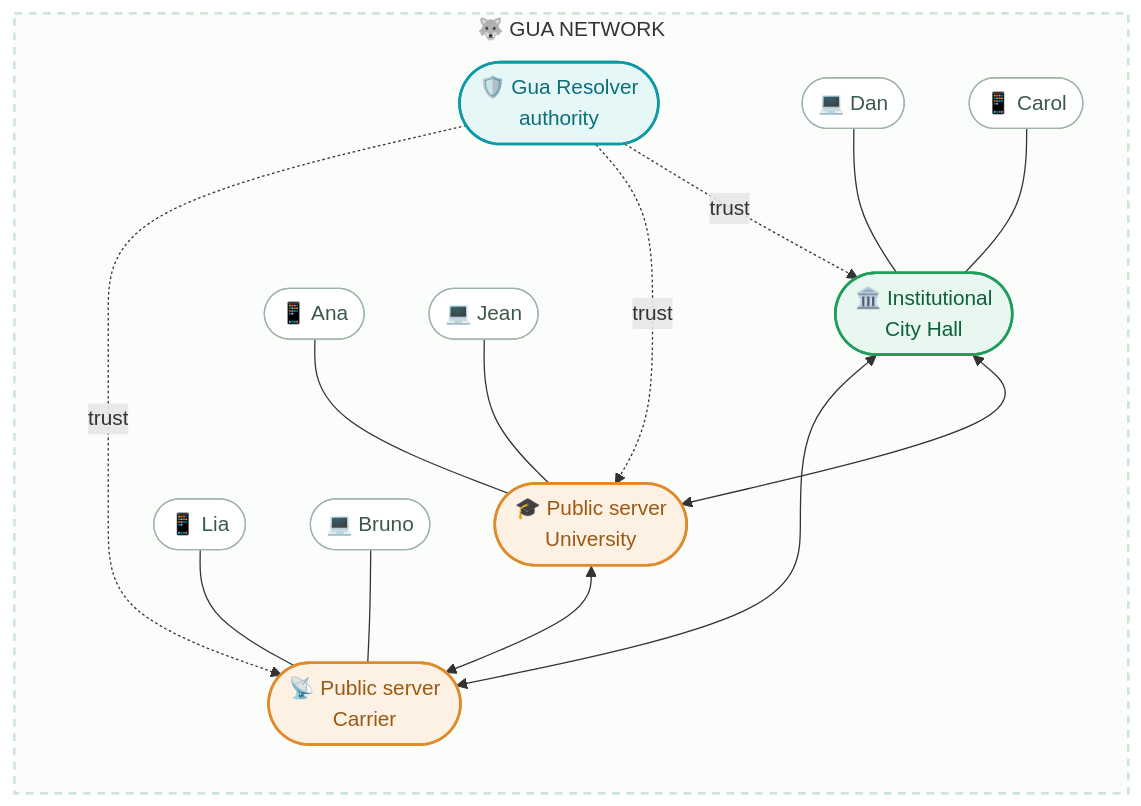
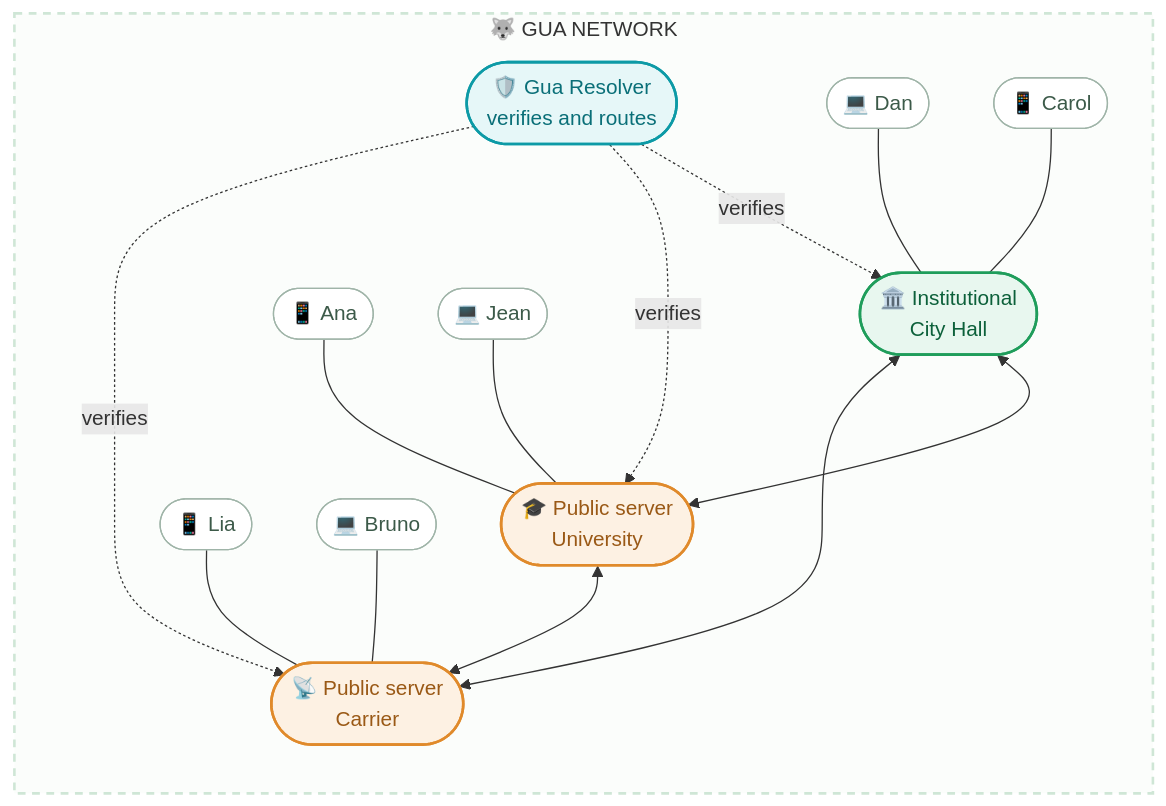
One commit to Gua-ra/.github changed the diagram in profile/README.md. Above: the diagram before and after it, drawn with Mermaid. The commit also changed other lines of this file, not shown here.

````diff
--- a/profile/README.md
+++ b/profile/README.md
@@ -61,37 +61,37 @@
 ```mermaid
 graph TB
   subgraph NET["🐺 GUA NETWORK"]
     direction TB
-    R(["🛡️ Gua Resolver<br/>authority"])
+    R(["🛡️ Gua Resolver<br/>verifies and routes"])
     INST(["🏛️ Institutional<br/>City Hall"])
     UNI(["🎓 Public server<br/>University"])
     CAR(["📡 Public server<br/>Carrier"])
 
-    R -. trust .-> INST
-    R -. trust .-> UNI
-    R -. trust .-> CAR
+    R -. verifies .-> INST
+    R -. verifies .-> UNI
+    R -. verifies .-> CAR
 
     INST <--> UNI
     UNI <--> CAR
     INST <--> CAR
 
     Dan(["💻 Dan"]) --- INST
     Carol(["📱 Carol"]) --- INST
     Ana(["📱 Ana"]) --- UNI
     Jean(["💻 Jean"]) --- UNI
     Lia(["📱 Lia"]) --- CAR
     Bruno(["💻 Bruno"]) --- CAR
   end
 
   classDef res fill:#e6f7f8,stroke:#0d9aa6,stroke-width:2px,color:#0a6f78;
   classDef inst fill:#e8f7ef,stroke:#1f9d5b,stroke-width:2px,color:#0c603a;
   classDef pub fill:#fdf1e3,stroke:#e08a2b,stroke-width:2px,color:#9a5916;
   classDef user fill:#ffffff,stroke:#9fb4a8,stroke-width:1px,color:#3c5a49;
 
   class R res;
   class INST inst;
   class UNI,CAR pub;
   class Dan,Carol,Ana,Jean,Lia,Bruno user;
 
   style NET fill:#fbfdfb,stroke:#cfe6d6,stroke-width:2px,stroke-dasharray:6 5;
 ```
````
